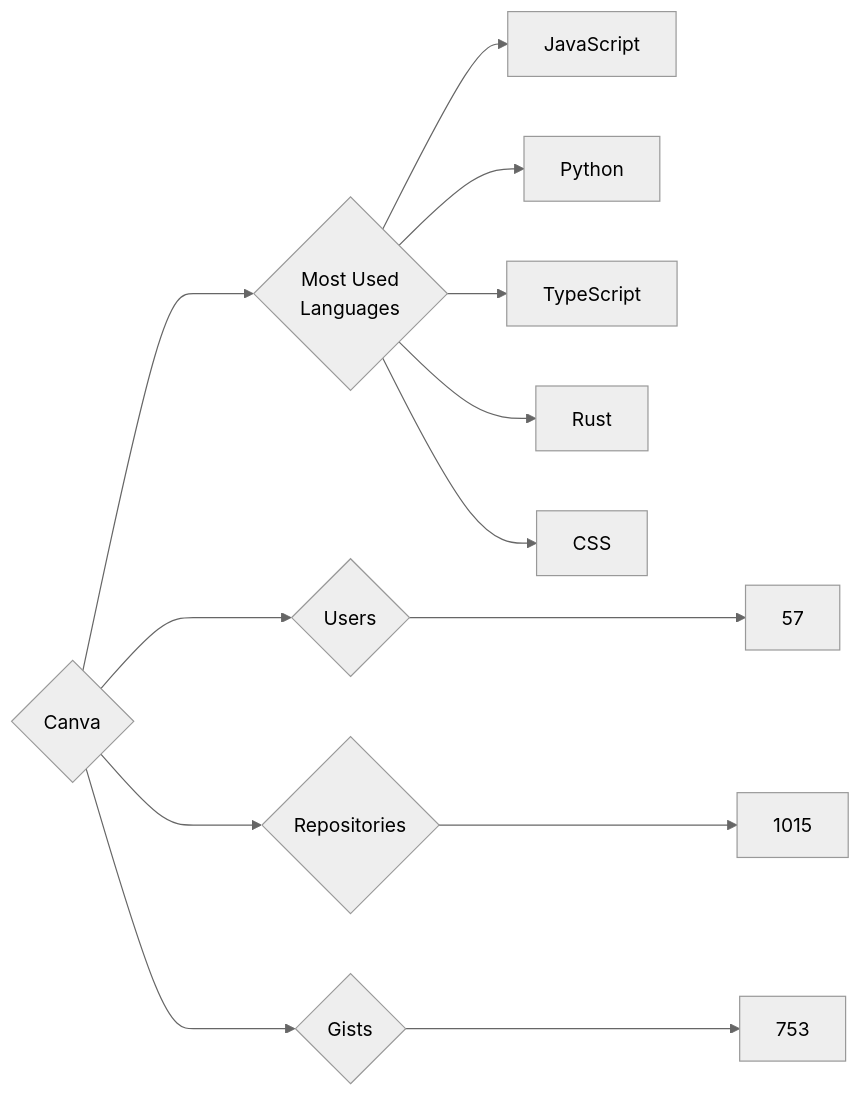
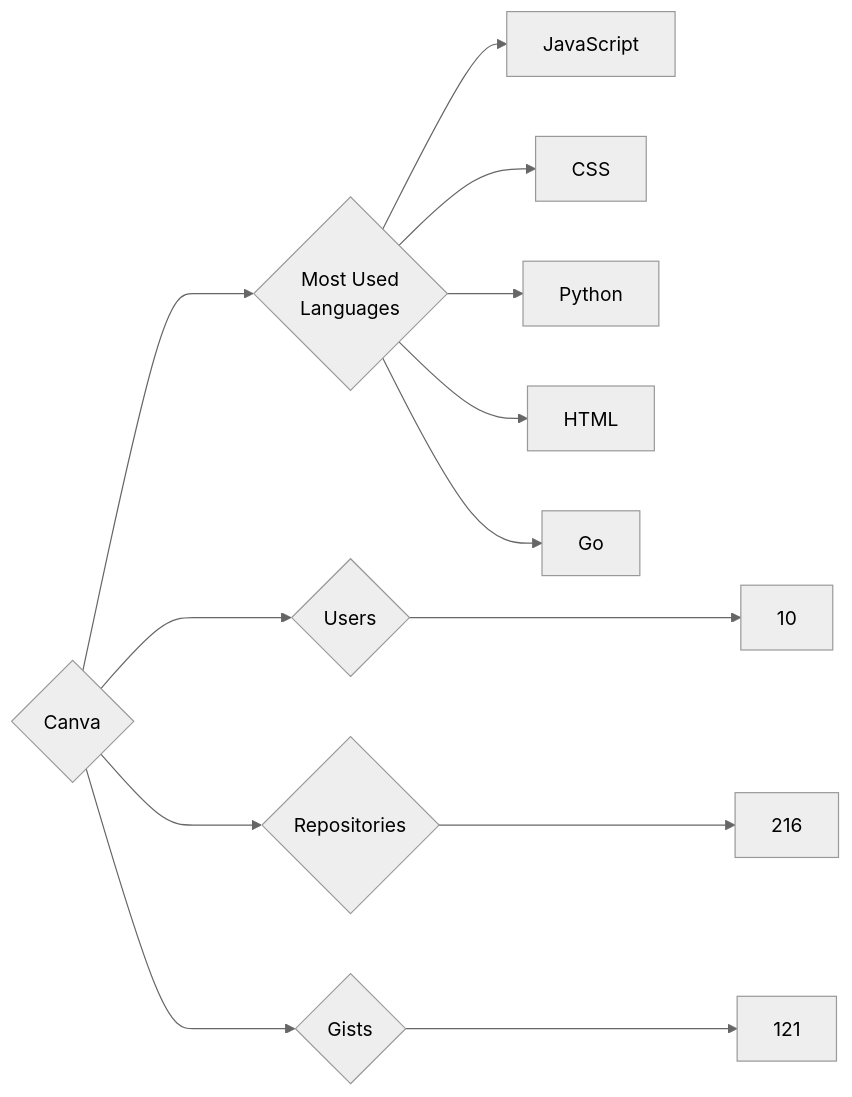
The diagram in targets/Canva/README.md (trickest/insiders), drawn with Mermaid (neutral theme) before and after one commit. The commit also changed 924 other files, not shown here.

````diff
--- a/targets/Canva/README.md
+++ b/targets/Canva/README.md
@@ -3,13 +3,13 @@
 ```mermaid
 graph LR
 COMPANY_NAME{Canva}
-COMPANY_NAME ---> U{Users} ---> UN[57]
-COMPANY_NAME ---> R{Repositories} ---> RN[1015]
-COMPANY_NAME ---> G{Gists} ---> GN[753]
+COMPANY_NAME ---> U{Users} ---> UN[10]
+COMPANY_NAME ---> R{Repositories} ---> RN[216]
+COMPANY_NAME ---> G{Gists} ---> GN[121]
 COMPANY_NAME ---> ML{Most Used<br>Languages}
 ML --> JavaScript[JavaScript]
+ML --> CSS[CSS]
 ML --> Python[Python]
-ML --> TypeScript[TypeScript]
-ML --> Rust[Rust]
-ML --> CSS[CSS]
+ML --> HTML[HTML]
+ML --> Go[Go]
 ```
````
